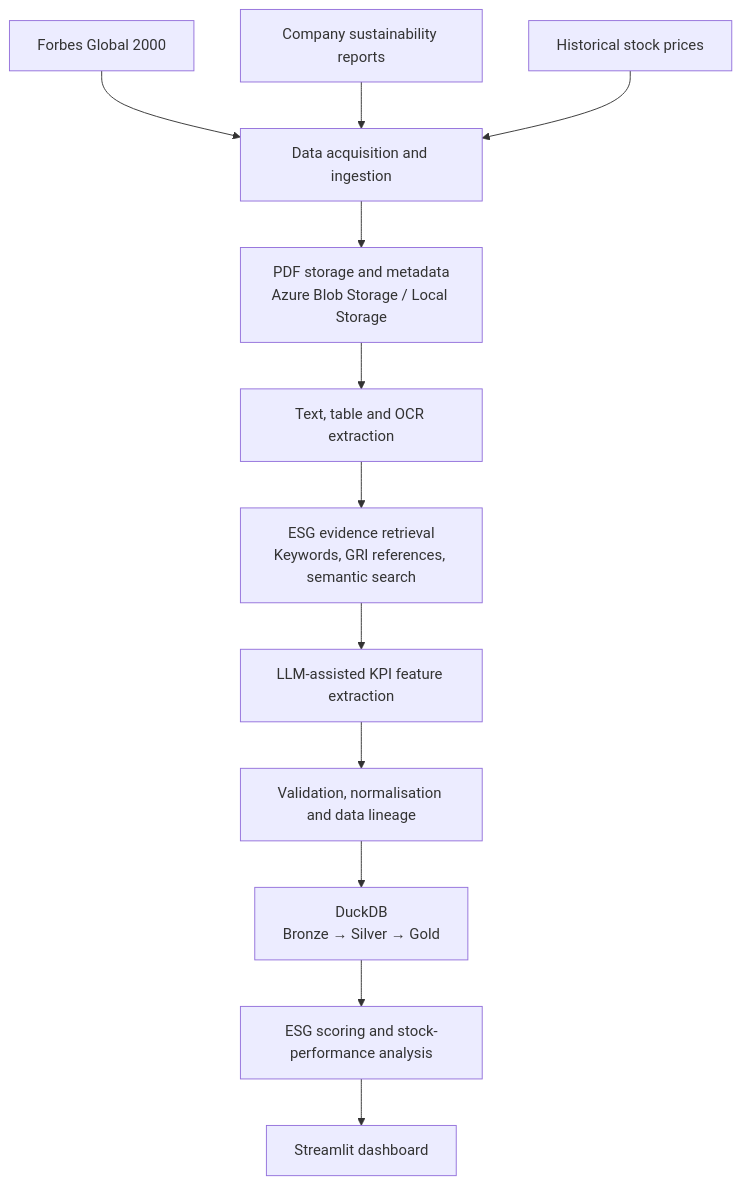
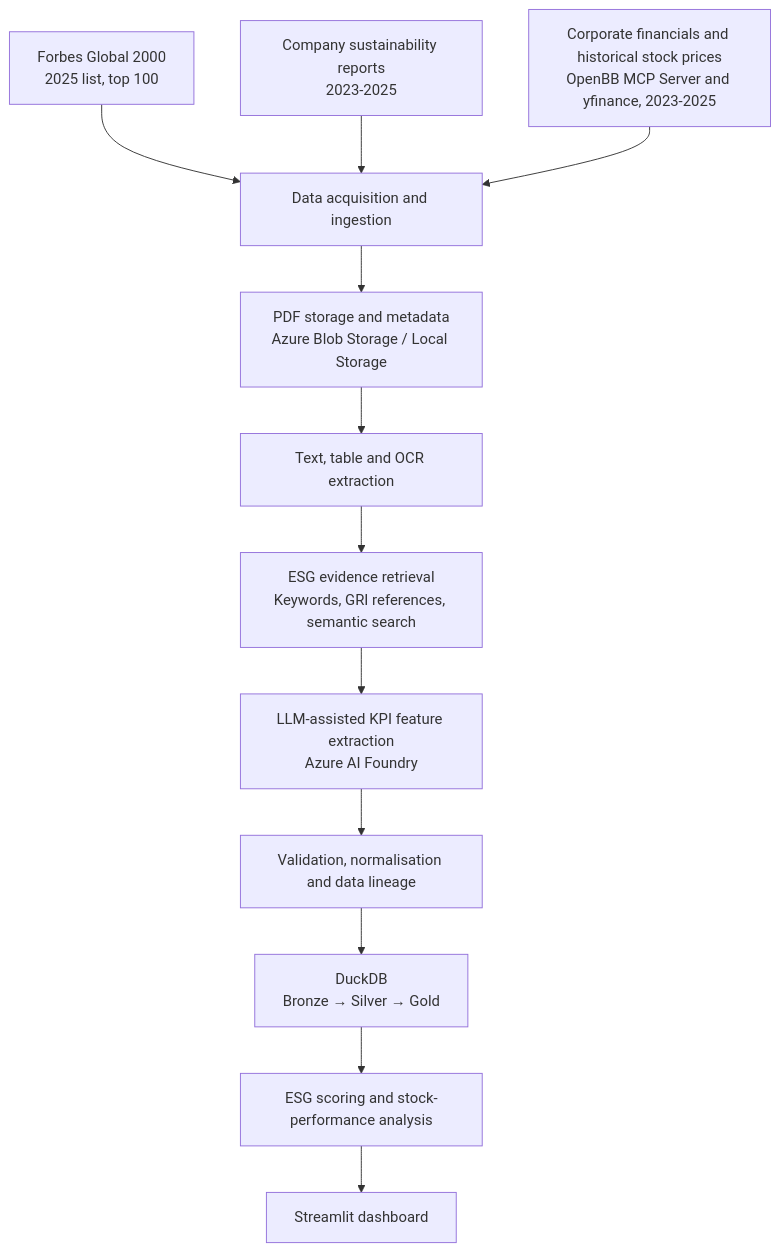
One commit to prakgov/esg-profile changed the first of 4 diagrams in docs/ARCHITECTURE.md. Above: the diagram before and after it, drawn with Mermaid. The commit also changed other lines of this file, not shown here.

First line of the commit message:
docs: Add financials and yfinance to architecture diagrams

````diff
--- a/docs/ARCHITECTURE.md
+++ b/docs/ARCHITECTURE.md
@@ -12,27 +12,27 @@
 ```mermaid
 flowchart TD
-    A1[Forbes Global 2000]
-    A2[Company sustainability reports]
-    A3[Historical stock prices]
+    A1["Forbes Global 2000<br/>2025 list, top 100"]
+    A2["Company sustainability reports<br/>2023-2025"]
+    A3["Corporate financials and historical stock prices<br/>OpenBB MCP Server and yfinance, 2023-2025"]
     B[Data acquisition and ingestion]
     C["PDF storage and metadata<br/>Azure Blob Storage / Local Storage"]
     D[Text, table and OCR extraction]
     E["ESG evidence retrieval<br/>Keywords, GRI references, semantic search"]
-    F[LLM-assisted KPI feature extraction]
+    F["LLM-assisted KPI feature extraction<br/>Azure AI Foundry"]
     G[Validation, normalisation and data lineage]
     H["DuckDB<br/>Bronze → Silver → Gold"]
     I[ESG scoring and stock-performance analysis]
     J[Streamlit dashboard]
 
     A1 --> B
     A2 --> B
     A3 --> B
     B --> C
     C --> D
     D --> E
     E --> F
     F --> G
     G --> H
     H --> I
     I --> J
 ```
````
